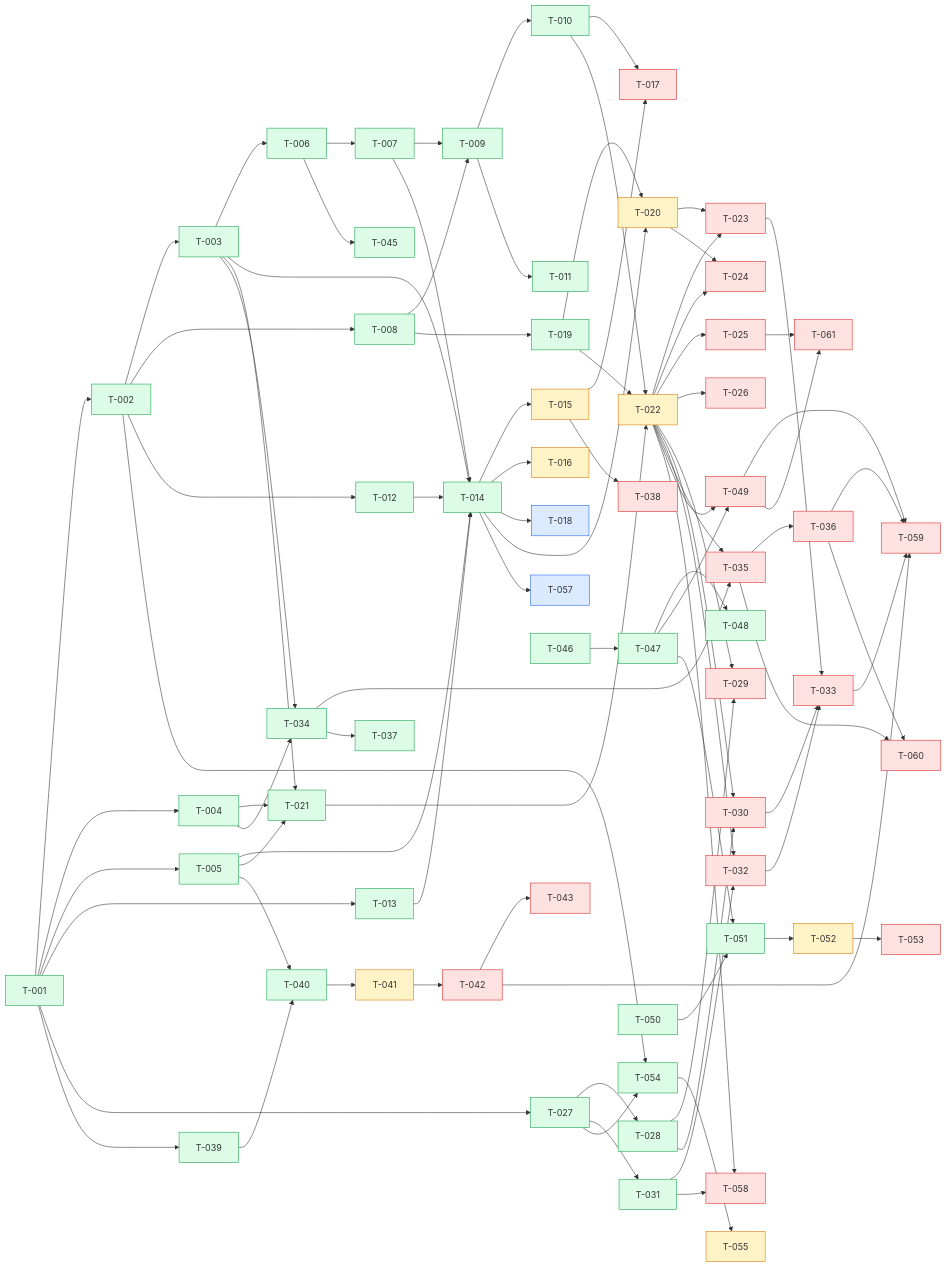
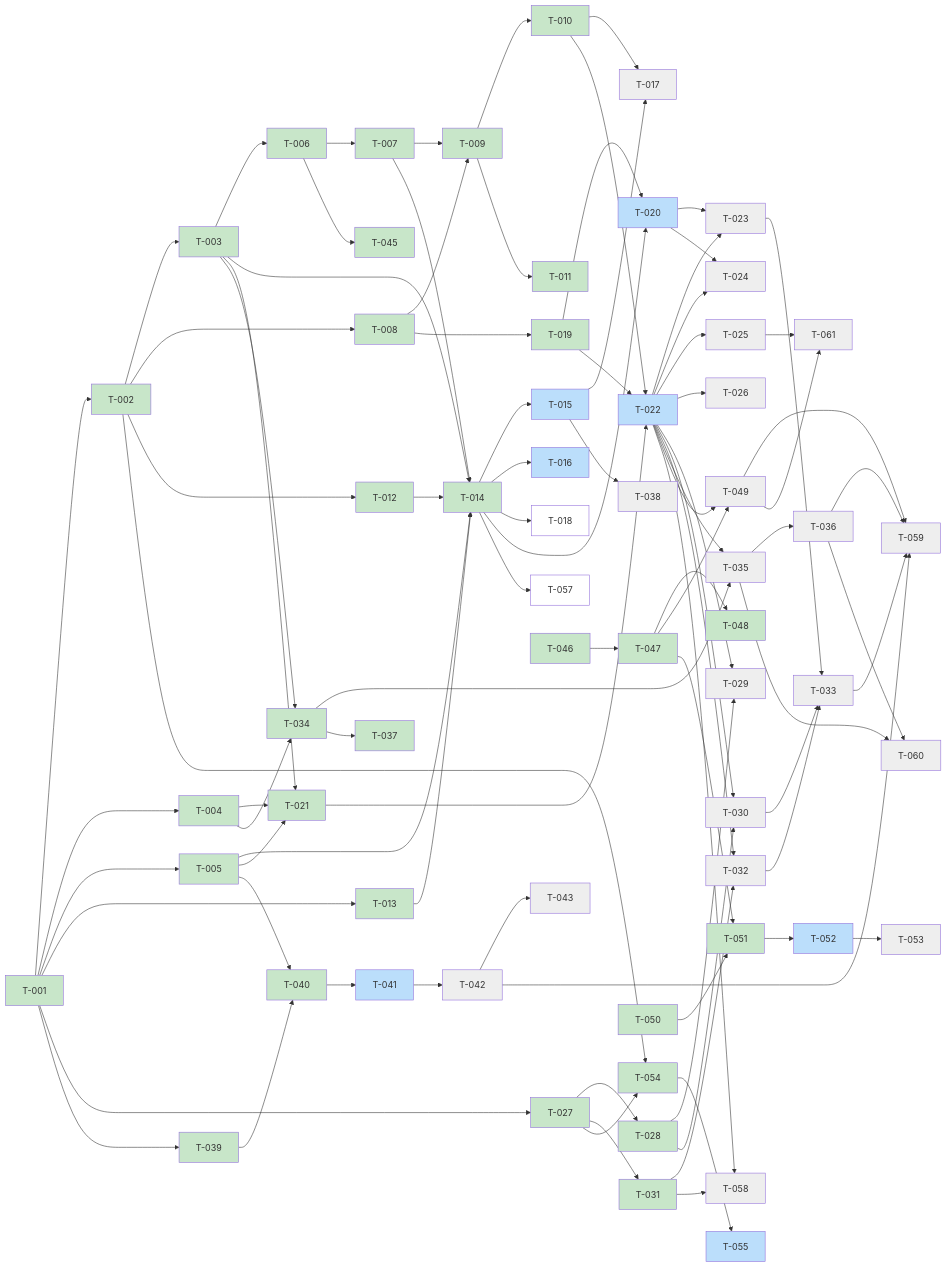
Before and after one commit to scholtz/biatec-chat: the diagram in kanban/BOARD.md, drawn with Mermaid. The commit also changed other lines of this file, not shown here.

Commit message:
kanban: sync board (merged tasks done, unblock dependants)

````diff
--- a/kanban/BOARD.md
+++ b/kanban/BOARD.md
@@ -183,71 +183,13 @@
   T036[T-036] --> T060[T-060]
   T025[T-025] --> T061[T-061]
   T049[T-049] --> T061[T-061]
-  classDef backlog fill:#dbeafe,stroke:#2563eb
-  classDef prog fill:#fef3c7,stroke:#d97706
-  classDef blocked fill:#fee2e2,stroke:#dc2626
-  classDef review fill:#ede9fe,stroke:#7c3aed
-  classDef done fill:#dcfce7,stroke:#16a34a
-  class T001 done
-  class T002 done
-  class T003 done
-  class T004 done
-  class T005 done
-  class T006 done
-  class T007 done
-  class T008 done
-  class T009 done
-  class T010 done
-  class T011 done
-  class T012 done
-  class T013 done
-  class T014 done
-  class T015 prog
-  class T016 prog
-  class T017 blocked
-  class T018 backlog
-  class T019 done
-  class T020 prog
-  class T021 done
-  class T022 prog
-  class T023 blocked
-  class T024 blocked
-  class T025 blocked
-  class T026 blocked
-  class T027 done
-  class T028 done
-  class T029 blocked
-  class T030 blocked
-  class T031 done
-  class T032 blocked
-  class T033 blocked
-  class T034 done
-  class T035 blocked
-  class T036 blocked
-  class T037 done
-  class T038 blocked
-  class T039 done
-  class T040 done
-  class T041 prog
-  class T042 blocked
-  class T043 blocked
-  class T044 done
-  class T045 done
-  class T046 done
-  class T047 done
-  class T048 done
-  class T049 blocked
-  class T050 done
-  class T051 done
-  class T052 prog
-  class T053 blocked
-  class T054 done
-  class T055 prog
-  class T056 done
-  class T057 backlog
-  class T058 blocked
-  class T059 blocked
-  class T060 blocked
-  class T061 blocked
-
+  classDef done fill:#c8e6c9
+  classDef review fill:#fff9c4
+  classDef inprogress fill:#bbdefb
+  classDef backlog fill:#ffffff
+  classDef blocked fill:#eeeeee
+  class T001,T002,T003,T004,T005,T006,T007,T008,T009,T010,T011,T012,T013,T014,T019,T021,T027,T028,T031,T034,T037,T039,T040,T044,T045,T046,T047,T048,T050,T051,T054,T056 done
+  class T015,T020,T022,T041,T055,T016,T052 inprogress
+  class T018,T057 backlog
+  class T023,T042,T017,T024,T029,T030,T032,T033,T035,T036,T038,T049,T059,T025,T026,T043,T053,T058,T060,T061 blocked
 ```
````
